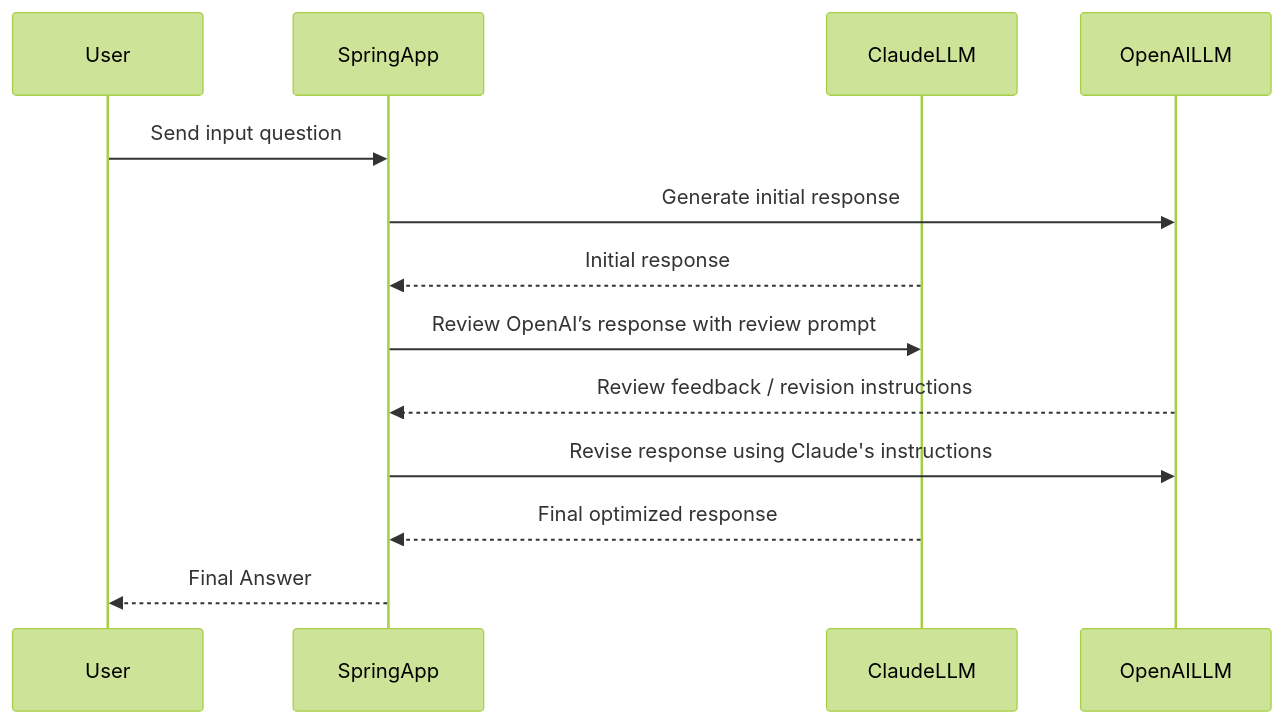
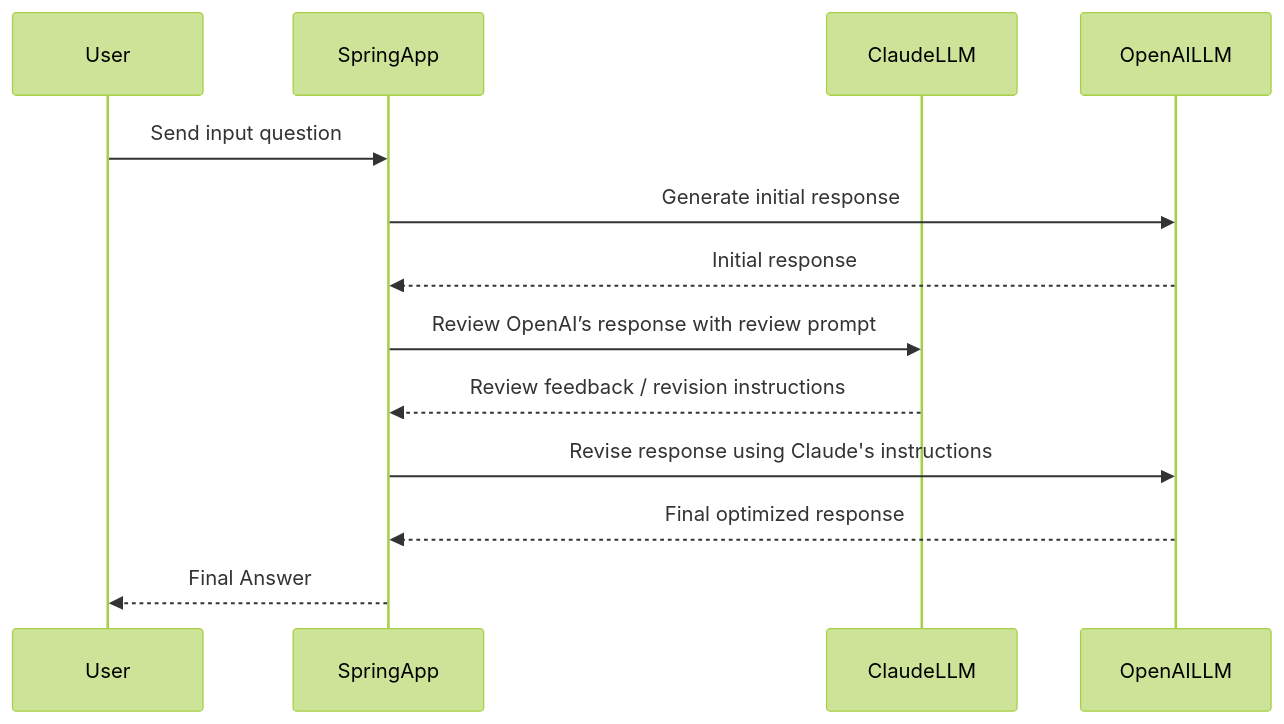
One commit to chandrasekhar4u/spring-ai-tutorial changed the tenth of 12 diagrams in ReadMe.md. Above: the diagram before and after it, drawn with Mermaid (forest theme).

````diff
--- a/ReadMe.md
+++ b/ReadMe.md
@@ -395,21 +395,21 @@
 ```mermaid
 
 sequenceDiagram
     participant User
     participant SpringApp
     participant ClaudeLLM
     participant OpenAILLM
 
     User->>SpringApp: Send input question
     SpringApp->>OpenAILLM: Generate initial response
-    ClaudeLLM-->>SpringApp: Initial response
+    OpenAILLM-->>SpringApp: Initial response
 
     SpringApp->>ClaudeLLM: Review OpenAI’s response with review prompt
-    OpenAILLM-->>SpringApp: Review feedback / revision instructions
+    ClaudeLLM-->>SpringApp: Review feedback / revision instructions
 
     SpringApp->>OpenAILLM: Revise response using Claude's instructions
-    ClaudeLLM-->>SpringApp: Final optimized response
+    OpenAILLM-->>SpringApp: Final optimized response
 
     SpringApp-->>User: Final Answer
 
 ```  
````
